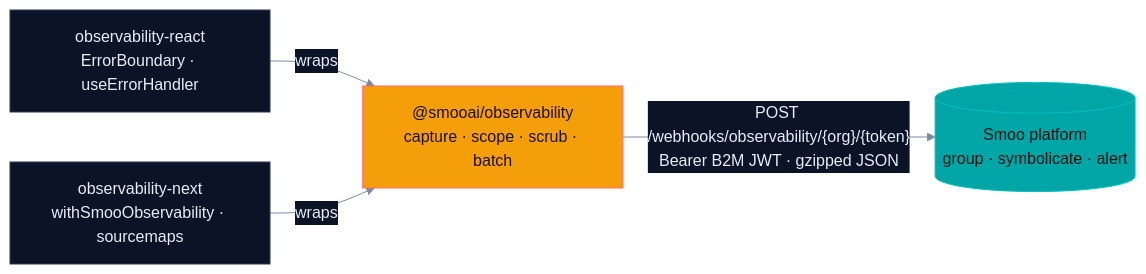
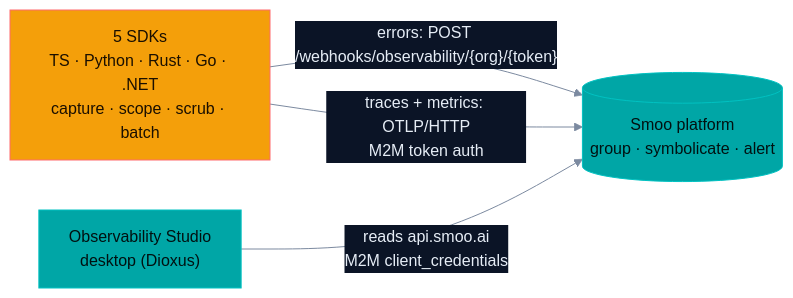
Before and after one commit to SmooAI/observability: the diagram in README.md, drawn with Mermaid. The commit also changed other lines of this file and 3 other files, not shown here.

````diff
--- a/README.md
+++ b/README.md
@@ -206,16 +232,16 @@
 ```mermaid
 %%{init: {'theme':'base','themeVariables':{
   'background':'#020618','primaryColor':'#0b1426','primaryTextColor':'#e6edf6','primaryBorderColor':'#2b3a52',
   'lineColor':'#7c8aa0','secondaryColor':'#0b1426','tertiaryColor':'#0b1426','fontFamily':'ui-sans-serif, system-ui, sans-serif',
   'clusterBkg':'#0b1426','clusterBorder':'#22304a'}}}%%
 flowchart LR
-  REACT["observability-react<br/>ErrorBoundary · useErrorHandler"] -->|wraps| CORE
-  NEXT["observability-next<br/>withSmooObservability · sourcemaps"] -->|wraps| CORE
-  CORE["@smooai/observability<br/>capture · scope · scrub · batch"]
-  CORE -->|"POST /webhooks/observability/{org}/{token}<br/>Bearer B2M JWT · gzipped JSON"| INGEST[("Smoo platform<br/>group · symbolicate · alert")]
+  SDKS["5 SDKs<br/>TS · Python · Rust · Go · .NET<br/>capture · scope · scrub · batch"]
+  SDKS -->|"errors: POST /webhooks/observability/{org}/{token}"| INGEST[("Smoo platform<br/>group · symbolicate · alert")]
+  SDKS -->|"traces + metrics: OTLP/HTTP<br/>M2M token auth"| INGEST
+  STUDIO["Observability Studio<br/>desktop (Dioxus)"] -->|"reads api.smoo.ai<br/>M2M client_credentials"| INGEST
 
   classDef warm fill:#f49f0a,stroke:#ff6b6c,color:#1a0f00;
   classDef teal fill:#00a6a6,stroke:#00c2c2,color:#011;
-  class CORE warm
-  class INGEST teal
+  class SDKS warm
+  class INGEST,STUDIO teal
 ```
````
